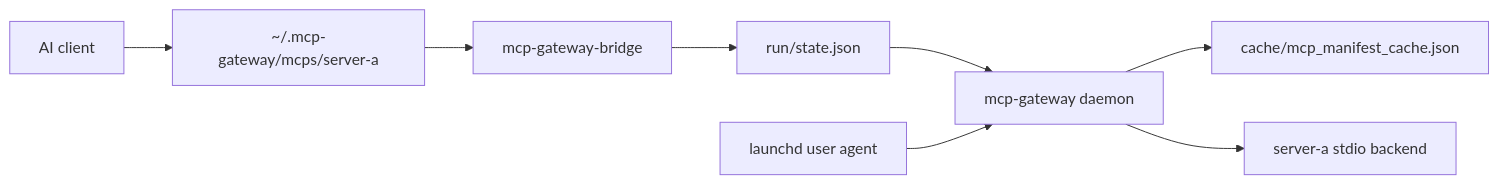
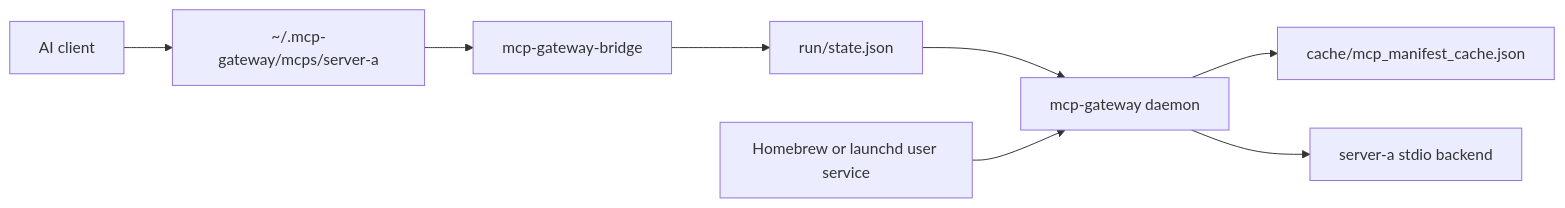
One commit to vgorb0v/mcp-gateway changed the diagram in README.md. Above: the diagram before and after it, drawn with Mermaid. The commit also changed other lines of this file and 18 other files, not shown here.

````diff
--- a/README.md
+++ b/README.md
@@ -103,10 +110,10 @@
 ```mermaid
 flowchart LR
   Client["AI client"] --> Shim["~/.mcp-gateway/mcps/server-a"]
   Shim --> Bridge["mcp-gateway-bridge"]
   Bridge --> State["run/state.json"]
   State --> Daemon["mcp-gateway daemon"]
   Daemon --> Cache["cache/mcp_manifest_cache.json"]
   Daemon --> Backend["server-a stdio backend"]
-  Launchd["launchd user agent"] --> Daemon
+  Service["Homebrew or launchd user service"] --> Daemon
 ```
````
